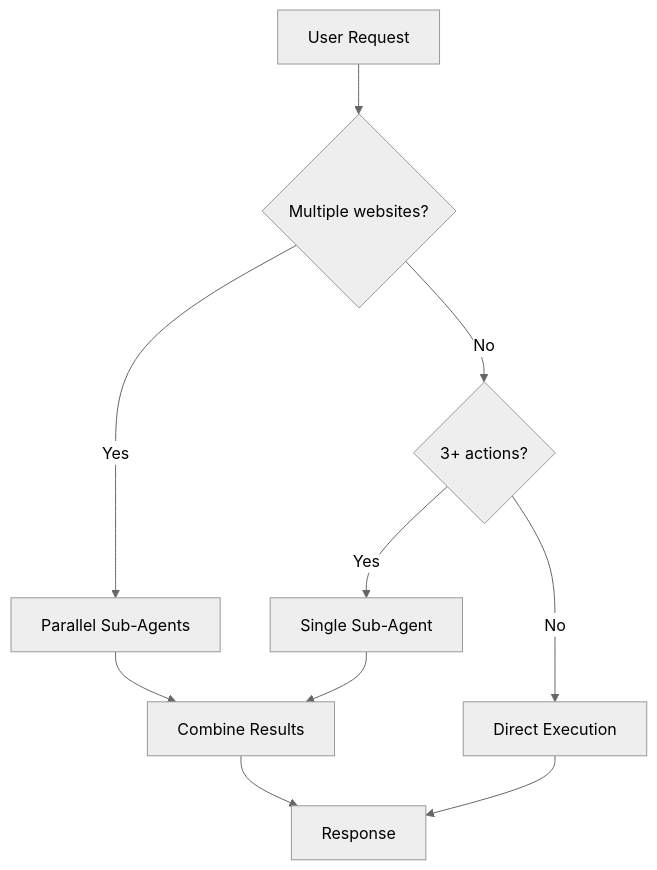
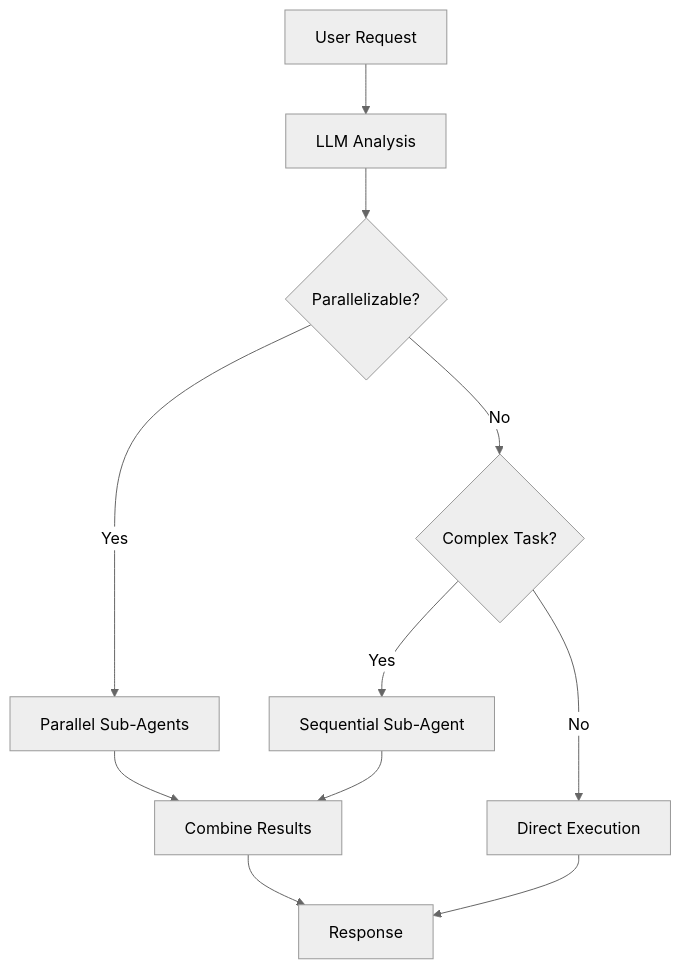
One commit to meharajM/ai-worker.app changed diagram 18 of 30 in architecture.md. Above: the diagram before and after it, drawn with Mermaid (neutral theme). The commit also changed other lines of this file and 9 other files, not shown here.

Commit message:
refactor: update architecture and remove obsolete docs

````diff
--- a/architecture.md
+++ b/architecture.md
@@ -759,12 +801,13 @@
 ```mermaid
 flowchart TD
-    A[User Request] --> B{Multiple websites?}
-    B -->|Yes| C[Parallel Sub-Agents]
-    B -->|No| D{3+ actions?}
-    D -->|Yes| E[Single Sub-Agent]
-    D -->|No| F[Direct Execution]
-    C --> G[Combine Results]
-    E --> G
-    F --> H[Response]
-    G --> H
+    A[User Request] --> B[LLM Analysis]
+    B --> C{Parallelizable?}
+    C -->|Yes| D[Parallel Sub-Agents]
+    C -->|No| E{Complex Task?}
+    E -->|Yes| F[Sequential Sub-Agent]
+    E -->|No| G[Direct Execution]
+    D --> H[Combine Results]
+    F --> H
+    G --> I[Response]
+    H --> I
 ```
````
